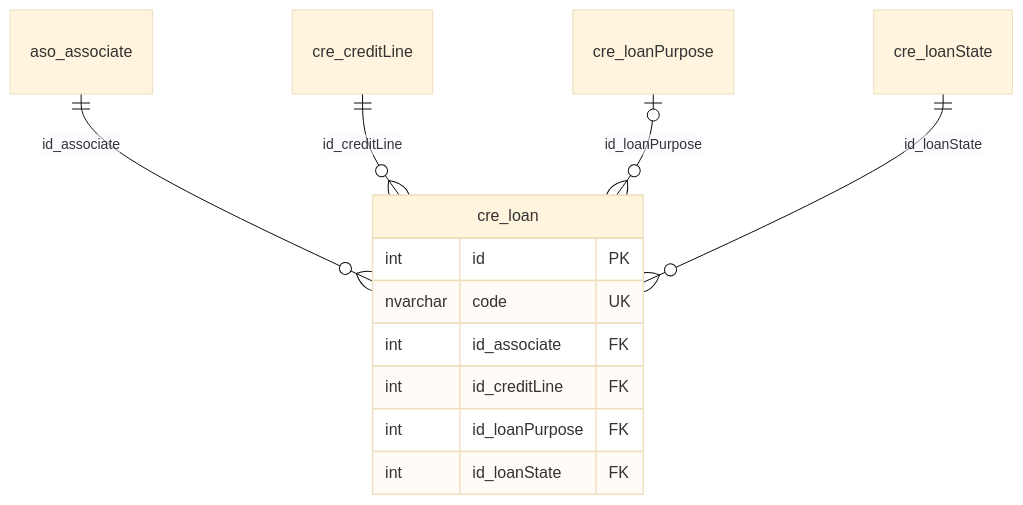
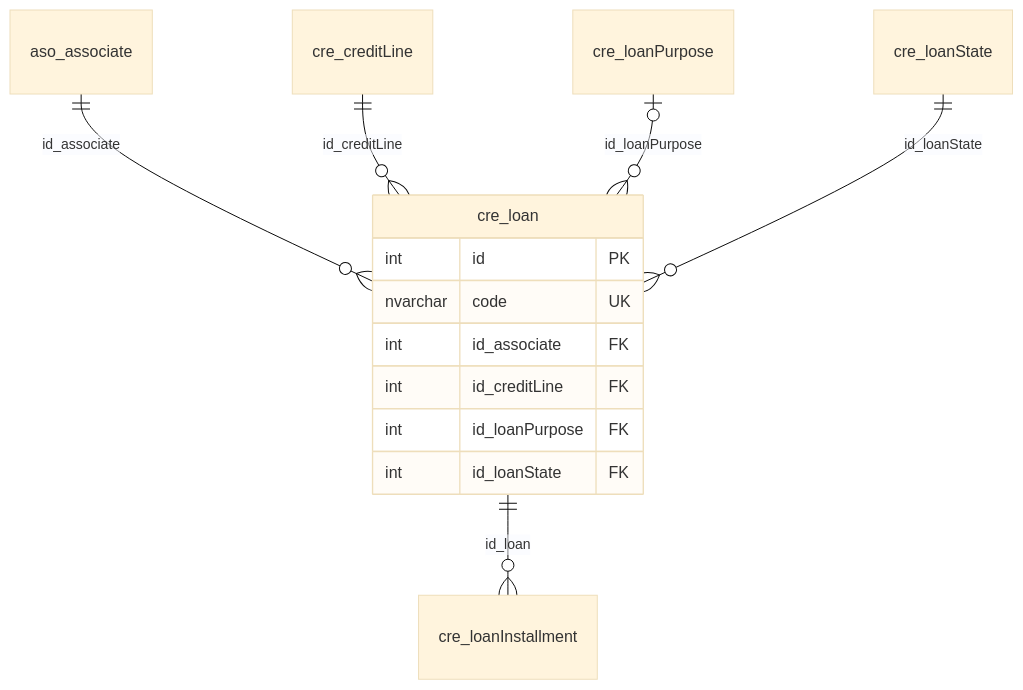
One commit to softwaresamm/IDAE.Docs changed the diagram in docs/safe/database/cre/loan.md. Above: the diagram before and after it, drawn with Mermaid (base theme). The commit also changed other lines of this file and 14 other files, not shown here.

````diff
--- a/docs/safe/database/cre/loan.md
+++ b/docs/safe/database/cre/loan.md
@@ -99,19 +99,21 @@
 ```mermaid
 erDiagram
     cre_loan {
         int id PK
         nvarchar code UK
         int id_associate FK
         int id_creditLine FK
         int id_loanPurpose FK
         int id_loanState FK
     }
     aso_associate
     cre_creditLine
     cre_loanPurpose
     cre_loanState
+    cre_loanInstallment
     aso_associate ||--o{ cre_loan : "id_associate"
     cre_creditLine ||--o{ cre_loan : "id_creditLine"
     cre_loanPurpose |o--o{ cre_loan : "id_loanPurpose"
     cre_loanState ||--o{ cre_loan : "id_loanState"
+    cre_loan ||--o{ cre_loanInstallment : "id_loan"
 ```
````
